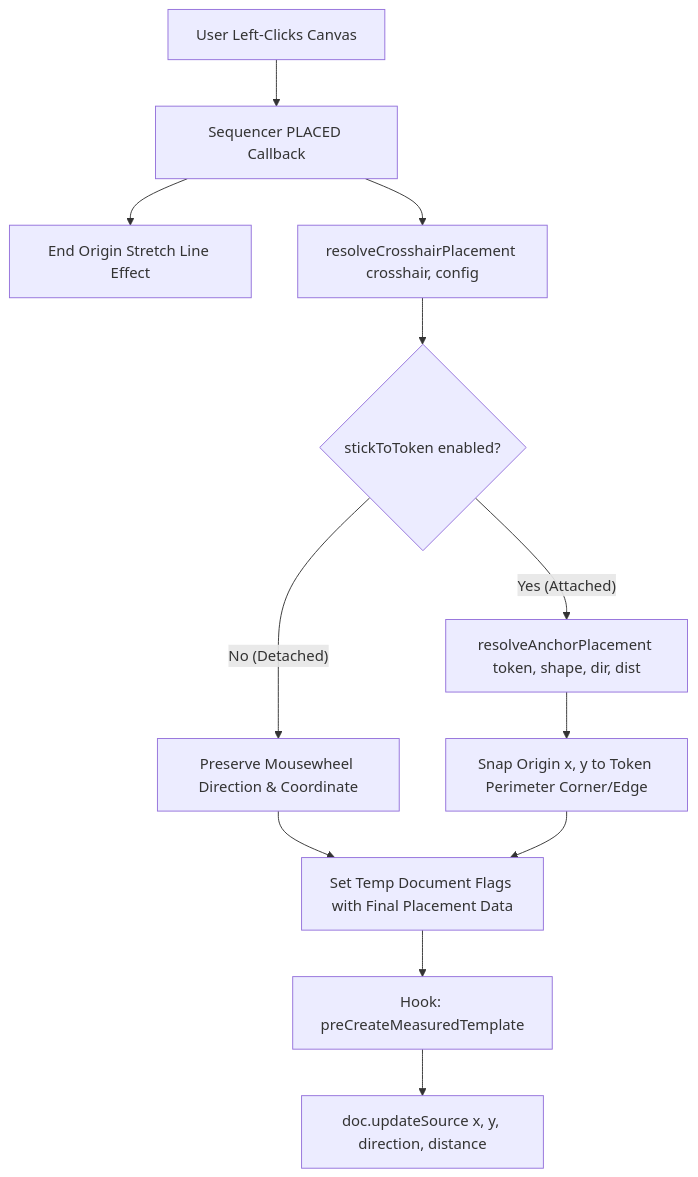
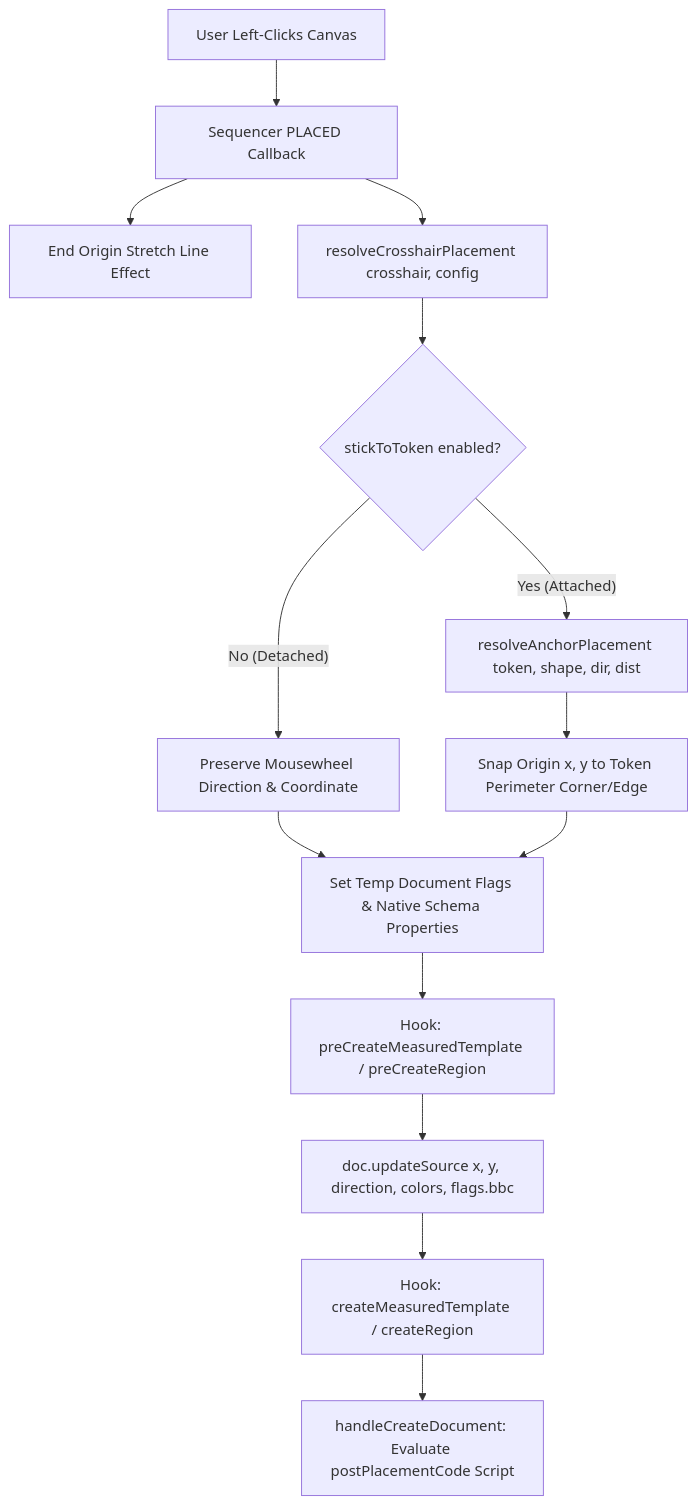
One commit to aljames-arctic/bakana-better-crosshairs changed the diagram in docs/architecture_guide.md. Above: the diagram before and after it, drawn with Mermaid. The commit also changed other lines of this file and 2 other files, not shown here.

Commit message:
docs: clarify custom placement macros, document flags, and native schema color persistence

````diff
--- a/docs/architecture_guide.md
+++ b/docs/architecture_guide.md
@@ -118,14 +118,16 @@
 ```mermaid
 flowchart TD
     Click[User Left-Clicks Canvas] --> PLACED[Sequencer PLACED Callback]
     PLACED --> EndLine[End Origin Stretch Line Effect]
     PLACED --> Resolve[resolveCrosshairPlacement crosshair, config]
     Resolve --> Mode{stickToToken enabled?}
     Mode -- No (Detached) --> ExactDir[Preserve Mousewheel Direction & Coordinate]
     Mode -- Yes (Attached) --> Anchor[resolveAnchorPlacement token, shape, dir, dist]
     Anchor --> SnapEdge[Snap Origin x, y to Token Perimeter Corner/Edge]
-    ExactDir --> SetFlags[Set Temp Document Flags with Final Placement Data]
+    ExactDir --> SetFlags[Set Temp Document Flags & Native Schema Properties]
     SnapEdge --> SetFlags
-    SetFlags --> PreCreate[Hook: preCreateMeasuredTemplate]
-    PreCreate --> UpdateSource[doc.updateSource x, y, direction, distance]
+    SetFlags --> PreCreate[Hook: preCreateMeasuredTemplate / preCreateRegion]
+    PreCreate --> UpdateSource[doc.updateSource x, y, direction, colors, flags.bbc]
+    UpdateSource --> Create[Hook: createMeasuredTemplate / createRegion]
+    Create --> PostExec[handleCreateDocument: Evaluate postPlacementCode Script]
 ```
````
